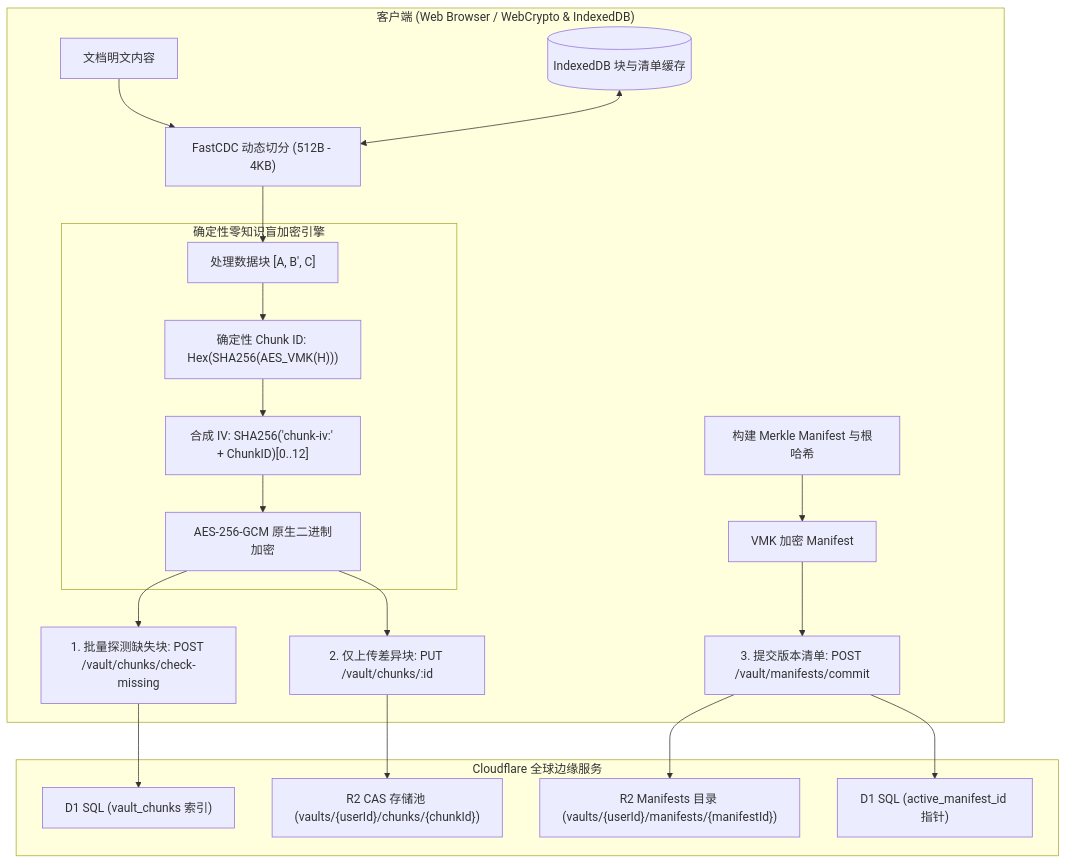
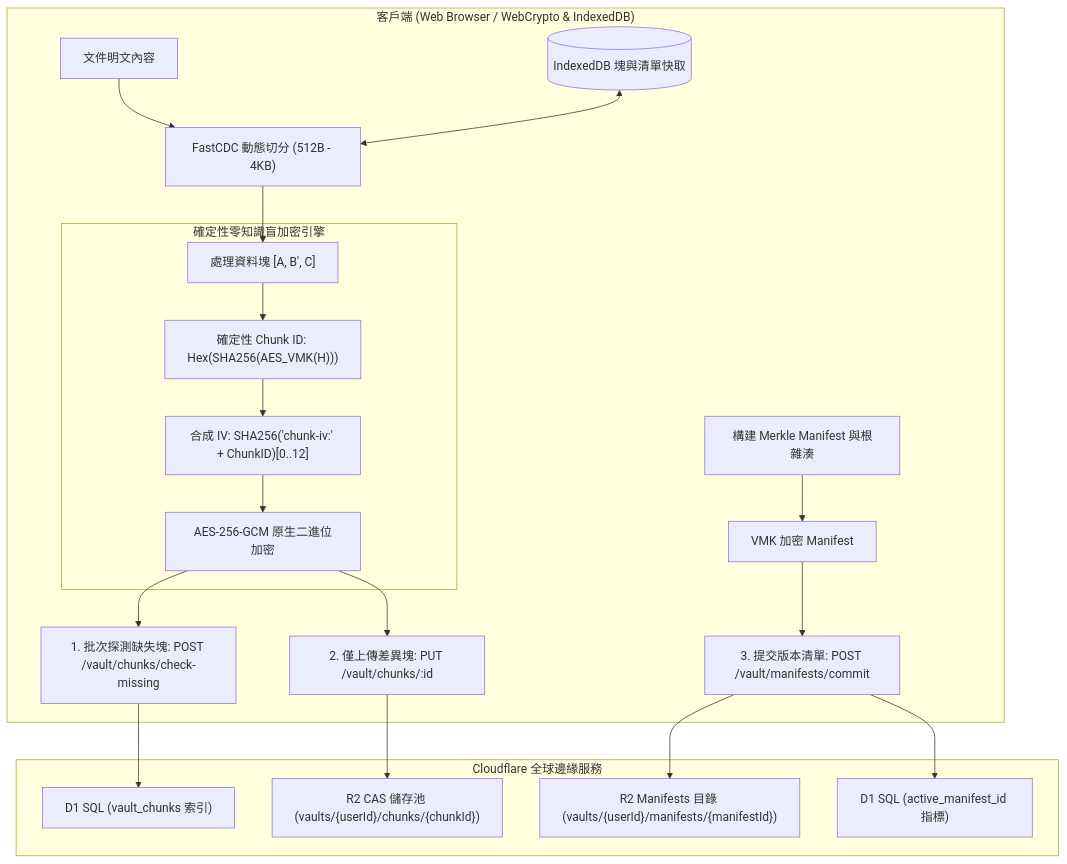
One commit to Obein/Markspace changed the diagram in README-zh-TW.md. Above: the diagram before and after it, drawn with Mermaid. The commit also changed other lines of this file and 4 other files, not shown here.

````diff
--- a/README-zh-TW.md
+++ b/README-zh-TW.md
@@ -170,28 +170,28 @@
 ```mermaid
 flowchart TB
-    subgraph Client ["客户端 (Web Browser / WebCrypto & IndexedDB)"]
-        PlainDoc["文档明文内容"] --> FastCDC["FastCDC 动态切分 (512B - 4KB)"]
-        FastCDC --> ProcessChunks["处理数据块 [A, B', C]"]
+    subgraph Client ["客戶端 (Web Browser / WebCrypto & IndexedDB)"]
+        PlainDoc["文件明文內容"] --> FastCDC["FastCDC 動態切分 (512B - 4KB)"]
+        FastCDC --> ProcessChunks["處理資料塊 [A, B', C]"]
         
-        subgraph Crypto ["确定性零知识盲加密引擎"]
-            ProcessChunks --> DetID["确定性 Chunk ID: Hex(SHA256(AES_VMK(H)))"]
+        subgraph Crypto ["確定性零知識盲加密引擎"]
+            ProcessChunks --> DetID["確定性 Chunk ID: Hex(SHA256(AES_VMK(H)))"]
             DetID --> SynthIV["合成 IV: SHA256('chunk-iv:' + ChunkID)[0..12]"]
-            SynthIV --> AESEnc["AES-256-GCM 原生二进制加密"]
+            SynthIV --> AESEnc["AES-256-GCM 原生二進位加密"]
         end
         
-        AESEnc --> CheckMissing["1. 批量探测缺失块: POST /vault/chunks/check-missing"]
-        AESEnc --> UploadDelta["2. 仅上传差异块: PUT /vault/chunks/:id"]
+        AESEnc --> CheckMissing["1. 批次探測缺失塊: POST /vault/chunks/check-missing"]
+        AESEnc --> UploadDelta["2. 僅上傳差異塊: PUT /vault/chunks/:id"]
         
-        Manifest["构建 Merkle Manifest 与根哈希"] --> EncManifest["VMK 加密 Manifest"]
-        EncManifest --> CommitManifest["3. 提交版本清单: POST /vault/manifests/commit"]
+        Manifest["構建 Merkle Manifest 與根雜湊"] --> EncManifest["VMK 加密 Manifest"]
+        EncManifest --> CommitManifest["3. 提交版本清單: POST /vault/manifests/commit"]
         
-        LocalCache[("IndexedDB 块与清单缓存")] <--> FastCDC
+        LocalCache[("IndexedDB 塊與清單快取")] <--> FastCDC
     end
 
-    subgraph Edge ["Cloudflare 全球边缘服务"]
+    subgraph Edge ["Cloudflare 全球邊緣服務"]
         CheckMissing --> D1Chunks["D1 SQL (vault_chunks 索引)"]
-        UploadDelta --> R2Chunks["R2 CAS 存储池 (vaults/{userId}/chunks/{chunkId})"]
-        CommitManifest --> R2Manifests["R2 Manifests 目录 (vaults/{userId}/manifests/{manifestId})"]
-        CommitManifest --> D1Nodes["D1 SQL (active_manifest_id 指针)"]
+        UploadDelta --> R2Chunks["R2 CAS 儲存池 (vaults/{userId}/chunks/{chunkId})"]
+        CommitManifest --> R2Manifests["R2 Manifests 目錄 (vaults/{userId}/manifests/{manifestId})"]
+        CommitManifest --> D1Nodes["D1 SQL (active_manifest_id 指標)"]
     end
 ```
````
